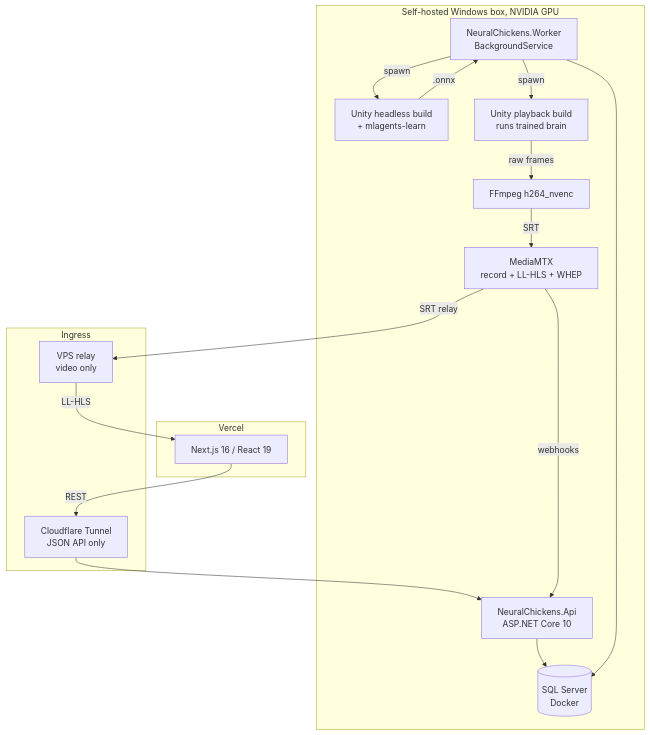
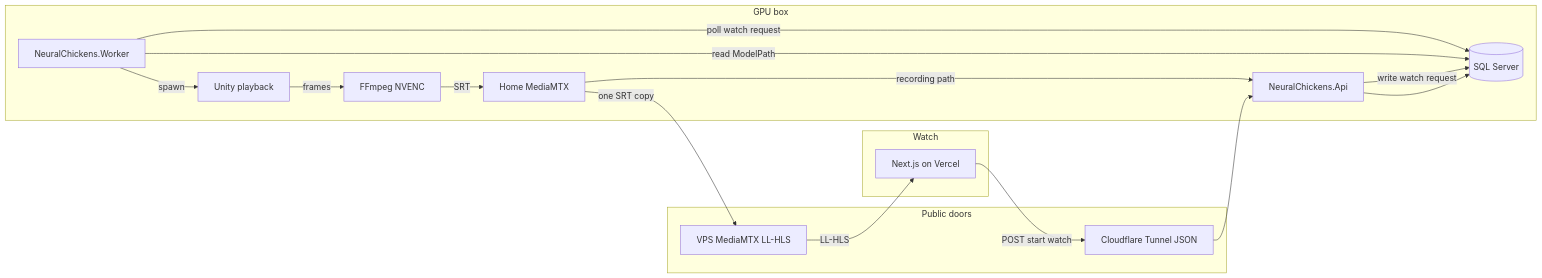
Before and after one commit to cartersw/neural-chickens: the second of 2 diagrams in docs/simulation-pipeline.md, drawn with Mermaid. The commit also changed other lines of this file, not shown here.

Commit message:
Diagram changes docs

````diff
--- a/docs/simulation-pipeline.md
+++ b/docs/simulation-pipeline.md
@@ -8,30 +36,30 @@
 ```mermaid
-flowchart TB
-    subgraph vercel [Vercel]
-        Web["Next.js 16 / React 19"]
+flowchart LR
+    subgraph watchClients [Watch]
+        WebWatch[Next.js on Vercel]
     end
-    subgraph home [Self-hosted Windows box, NVIDIA GPU]
-        Api["NeuralChickens.Api<br/>ASP.NET Core 10"]
-        Db[("SQL Server<br/>Docker")]
-        Worker["NeuralChickens.Worker<br/>BackgroundService"]
-        Trainer["Unity headless build<br/>+ mlagents-learn"]
-        Player["Unity playback build<br/>runs trained brain"]
-        FF["FFmpeg h264_nvenc"]
-        MTX["MediaMTX<br/>record + LL-HLS + WHEP"]
+    subgraph watchDoors [Public doors]
+        TunnelWatch[Cloudflare Tunnel JSON]
+        VpsMtx[VPS MediaMTX LL-HLS]
     end
-    subgraph edge [Ingress]
-        CFT["Cloudflare Tunnel<br/>JSON API only"]
-        VPS["VPS relay<br/>video only"]
+    subgraph watchHome [GPU box]
+        ApiWatch[NeuralChickens.Api]
+        DbWatch[(SQL Server)]
+        WorkerWatch[NeuralChickens.Worker]
+        Player[Unity playback]
+        Ffmpeg[FFmpeg NVENC]
+        HomeMtx[Home MediaMTX]
     end
 
-    Web -->|REST| CFT --> Api
-    Api --> Db
-    Worker --> Db
-    Worker -->|spawn| Trainer
-    Worker -->|spawn| Player
-    Trainer -->|".onnx"| Worker
-    Player -->|raw frames| FF -->|SRT| MTX
-    MTX -->|webhooks| Api
-    MTX -->|"SRT relay"| VPS
-    VPS -->|LL-HLS| Web
+    WebWatch -->|"POST start watch"| TunnelWatch --> ApiWatch
+    ApiWatch -->|"write watch request"| DbWatch
+    WorkerWatch -->|"poll watch request"| DbWatch
+    WorkerWatch -->|"read ModelPath"| DbWatch
+    WorkerWatch -->|spawn| Player
+    Player -->|frames| Ffmpeg
+    Ffmpeg -->|SRT| HomeMtx
+    HomeMtx -->|"recording path"| ApiWatch
+    ApiWatch --> DbWatch
+    HomeMtx -->|"one SRT copy"| VpsMtx
+    VpsMtx -->|LL-HLS| WebWatch
 ```
````
